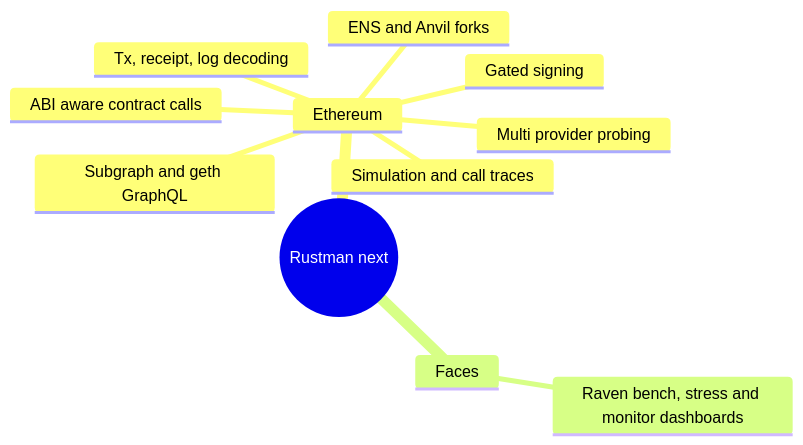
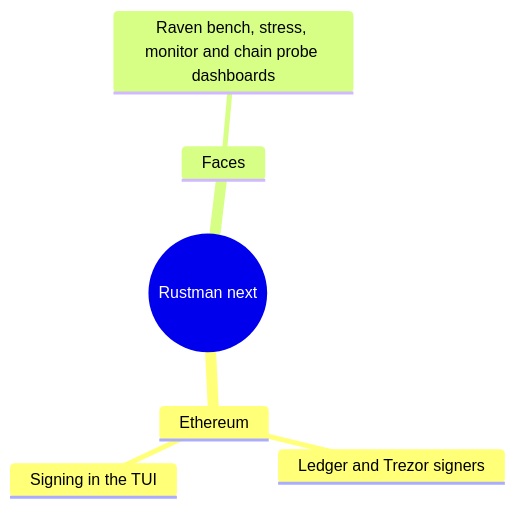
The second of 3 diagrams in README.md (CyberdyneCorp/rustman), drawn with Mermaid before and after one commit. The commit also changed other lines of this file and 12 other files, not shown here.

First line of the commit message:
README and roadmap: EVM toolkit done, v1.0 next

````diff
--- a/README.md
+++ b/README.md
@@ -142,14 +149,9 @@
 ```mermaid
 mindmap
   root((Rustman next))
     Ethereum
-      ABI aware contract calls
-      Tx, receipt, log decoding
-      Simulation and call traces
-      ENS and Anvil forks
-      Gated signing
-      Multi provider probing
-      Subgraph and geth GraphQL
+      Ledger and Trezor signers
+      Signing in the TUI
     Faces
-      Raven bench, stress and monitor dashboards
+      Raven bench, stress, monitor and chain probe dashboards
 ```
````
